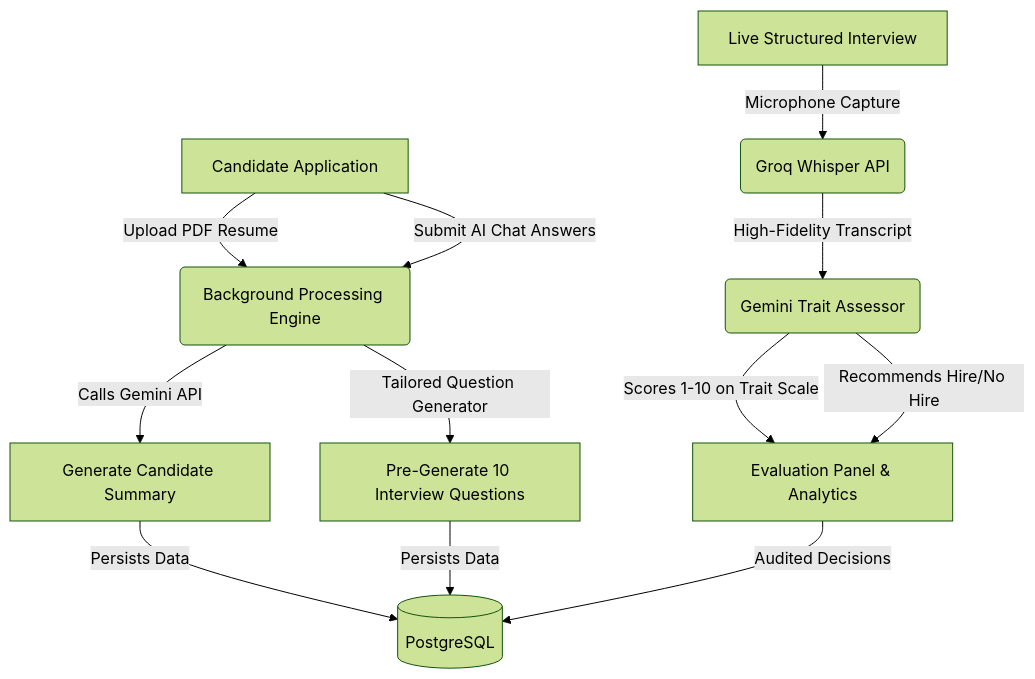
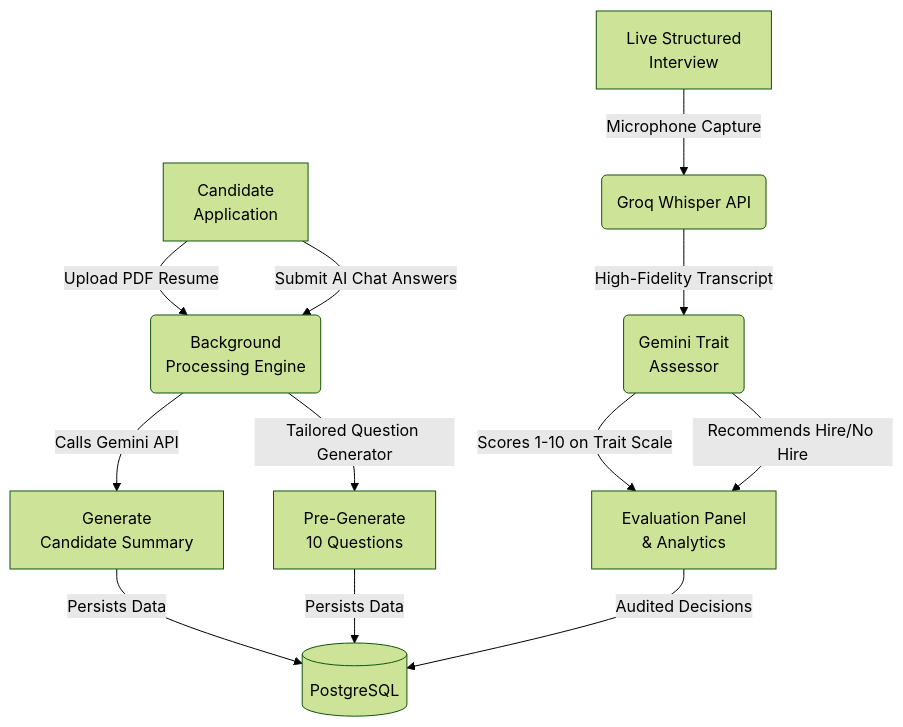
The diagram in README.md (Smriti-kinra/hiris), drawn with Mermaid (forest theme) before and after one commit. The commit also changed other lines of this file and 1 other file, not shown here.

Commit message:
docs: clean up README formatting and fix CI workflow dependency installation and test paths

````diff
--- a/README.md
+++ b/README.md
@@ -44,16 +39,16 @@
 ```mermaid
 graph TD
-    A[Candidate Application] -->|Upload PDF Resume| B(Background Processing Engine)
+    A[Candidate<br/>Application] -->|Upload PDF Resume| B(Background<br/>Processing Engine)
     A -->|Submit AI Chat Answers| B
-    B -->|Calls Gemini API| C[Generate Candidate Summary]
-    B -->|Tailored Question Generator| D[Pre-Generate 10 Interview Questions]
+    B -->|Calls Gemini API| C[Generate<br/>Candidate Summary]
+    B -->|Tailored Question Generator| D[Pre-Generate<br/>10 Questions]
     
     C -->|Persists Data| E[(PostgreSQL)]
     D -->|Persists Data| E
     
-    F[Live Structured Interview] -->|Microphone Capture| G(Groq Whisper API)
-    G -->|High-Fidelity Transcript| H(Gemini Trait Assessor)
-    H -->|Scores 1-10 on Trait Scale| I[Evaluation Panel & Analytics]
+    F[Live Structured<br/>Interview] -->|Microphone Capture| G(Groq Whisper API)
+    G -->|High-Fidelity Transcript| H(Gemini Trait<br/>Assessor)
+    H -->|Scores 1-10 on Trait Scale| I[Evaluation Panel<br/>& Analytics]
     H -->|Recommends Hire/No Hire| I
     I -->|Audited Decisions| E
 ```
````
